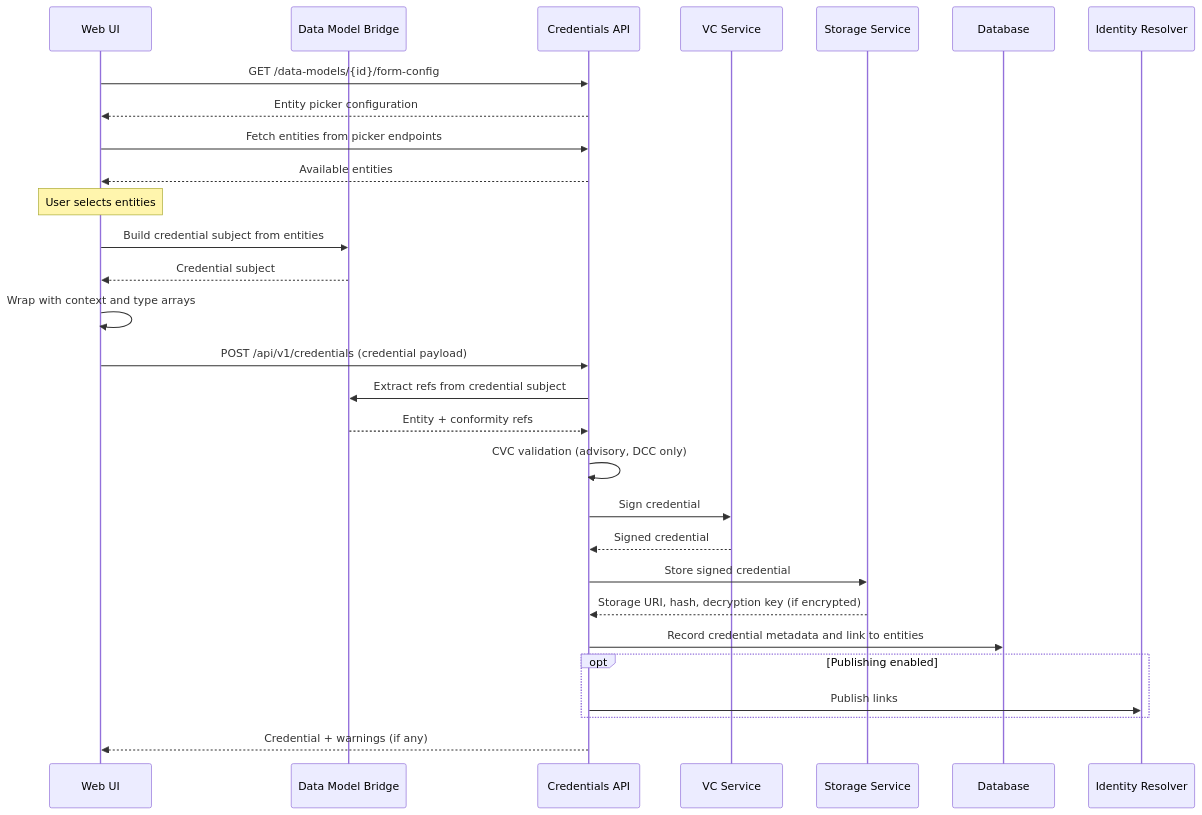
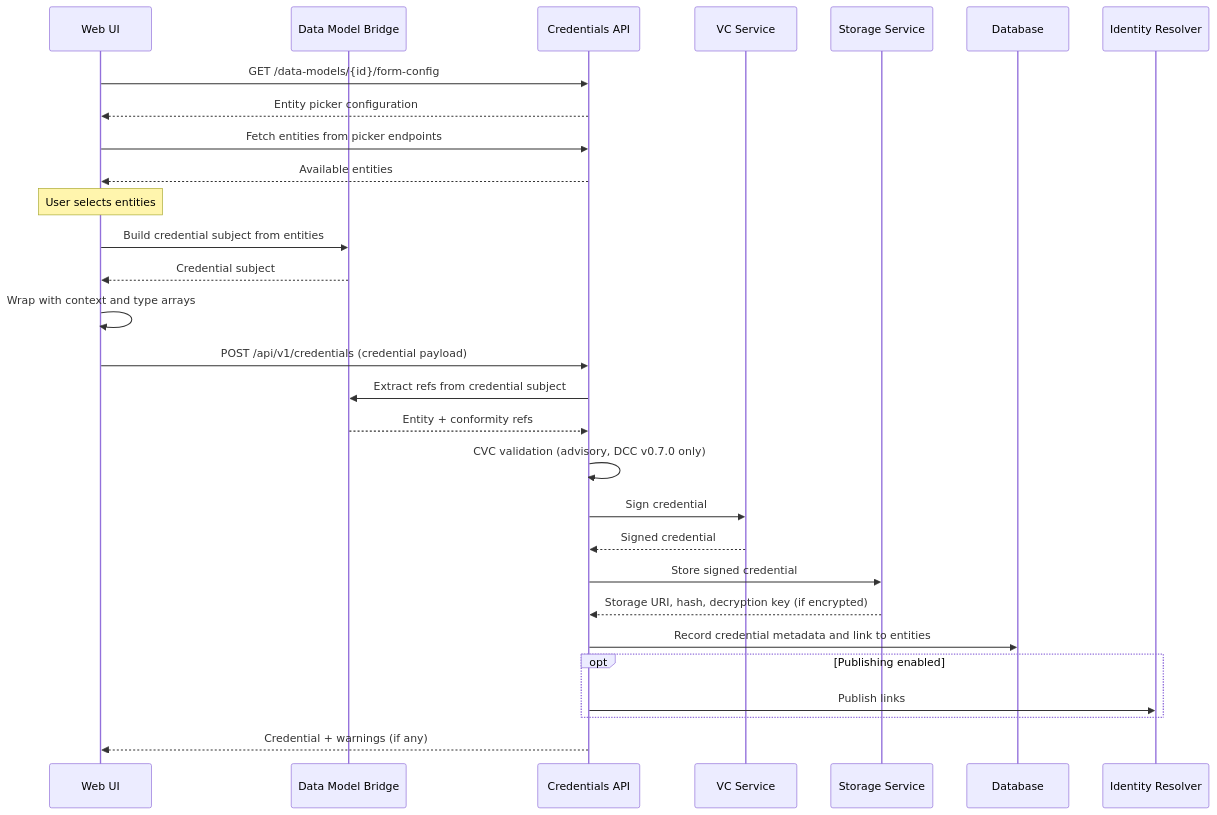
The diagram in documentation/docs/reference-implementation/data-models/bridge-architecture.md (uncefact/tests-untp), drawn with Mermaid before and after one commit. The commit also changed 6 other files, not shown here.

````diff
--- a/documentation/docs/reference-implementation/data-models/bridge-architecture.md
+++ b/documentation/docs/reference-implementation/data-models/bridge-architecture.md
@@ -55,38 +55,38 @@
 ```mermaid
 sequenceDiagram
     participant UI as Web UI
     participant Bridge as Data Model Bridge
     participant API as Credentials API
     participant VC as VC Service
     participant Storage as Storage Service
     participant DB as Database
     participant IDR as Identity Resolver
 
     UI->>API: GET /data-models/{id}/form-config
     API-->>UI: Entity picker configuration
     UI->>API: Fetch entities from picker endpoints
     API-->>UI: Available entities
 
     Note over UI: User selects entities
 
     UI->>Bridge: Build credential subject from entities
     Bridge-->>UI: Credential subject
     UI->>UI: Wrap with context and type arrays
 
     UI->>API: POST /api/v1/credentials (credential payload)
 
     API->>Bridge: Extract refs from credential subject
     Bridge-->>API: Entity + conformity refs
-    API->>API: CVC validation (advisory, DCC only)
+    API->>API: CVC validation (advisory, DCC v0.7.0 only)
 
     API->>VC: Sign credential
     VC-->>API: Signed credential
     API->>Storage: Store signed credential
     Storage-->>API: Storage URI, hash, decryption key (if encrypted)
     API->>DB: Record credential metadata and link to entities
     opt Publishing enabled
     API->>IDR: Publish links
     end
 
     API-->>UI: Credential + warnings (if any)
 ```
````
